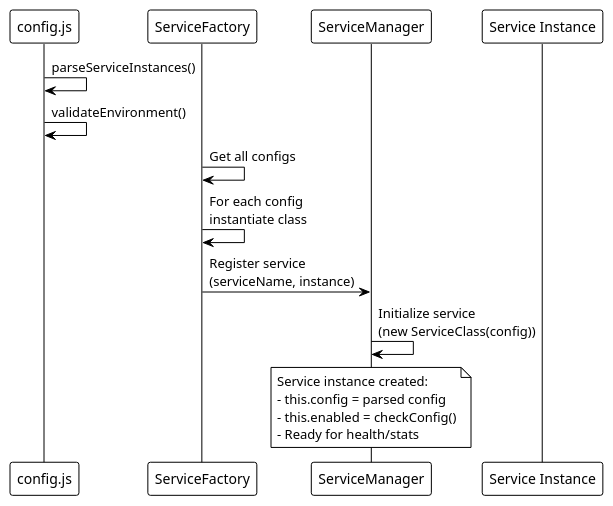
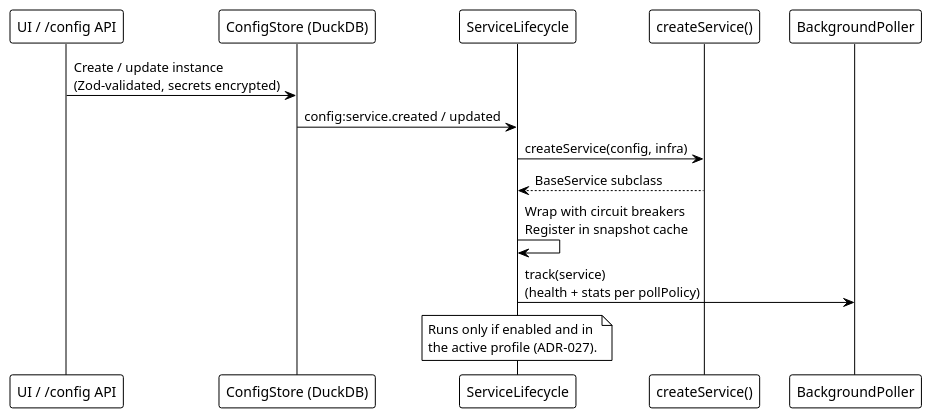
The second of 3 diagrams in docs/guides/adding-services.md (EraPartner/Watchman), drawn with PlantUML before and after one commit. The commit also changed other lines of this file and 32 other files, not shown here.

````diff
--- a/docs/guides/adding-services.md
+++ b/docs/guides/adding-services.md
@@ -252,27 +196,23 @@
 ```plantuml
 @startuml
 !theme plain
 
-participant "config.js" as Cfg
-participant "ServiceFactory" as Factory
-participant "ServiceManager" as SM
-participant "Service Instance" as Svc
+participant "UI / /config API" as UI
+participant "ConfigStore (DuckDB)" as Store
+participant "ServiceLifecycle" as LC
+participant "createService()" as Factory
+participant "BackgroundPoller" as Poller
 
-Cfg -> Cfg : parseServiceInstances()
-Cfg -> Cfg : validateEnvironment()
+UI -> Store : Create / update instance\n(Zod-validated, secrets encrypted)
+Store -> LC : config:service.created / updated
+LC -> Factory : createService(config, infra)
+Factory --> LC : BaseService subclass
+LC -> LC : Wrap with circuit breakers\nRegister in snapshot cache
+LC -> Poller : track(service)\n(health + stats per pollPolicy)
 
-Factory -> Factory : Get all configs
-Factory -> Factory : For each config\ninstantiate class
-
-Factory -> SM : Register service\n(serviceName, instance)
-
-SM -> SM : Initialize service\n(new ServiceClass(config))
-
-note over SM
-  Service instance created:
-  - this.config = parsed config
-  - this.enabled = checkConfig()
-  - Ready for health/stats
+note over LC
+  Runs only if enabled and in
+  the active profile (ADR-027).
 end note
 @enduml
 ```
````
